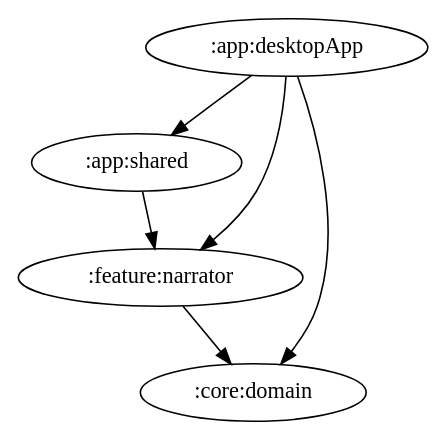
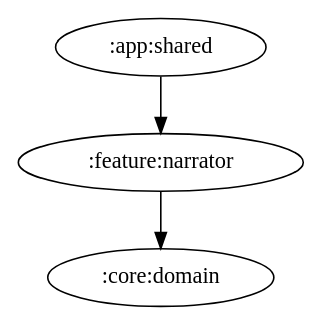
The diagram in docs/graphs/feature-narrator.gv (ai-kurou/KoDriver), drawn with Graphviz before and after one commit. The commit also changed 11 other files, not shown here.

Commit message:
chore: update module graph images [skip ci]

```diff
--- a/docs/graphs/feature-narrator.gv
+++ b/docs/graphs/feature-narrator.gv
@@ -1,7 +1,4 @@
 digraph G {
-  ":app:desktopApp" -> ":app:shared"
-  ":app:desktopApp" -> ":core:domain"
-  ":app:desktopApp" -> ":feature:narrator"
   ":app:shared" -> ":feature:narrator"
   ":feature:narrator" -> ":core:domain"
 }
```
